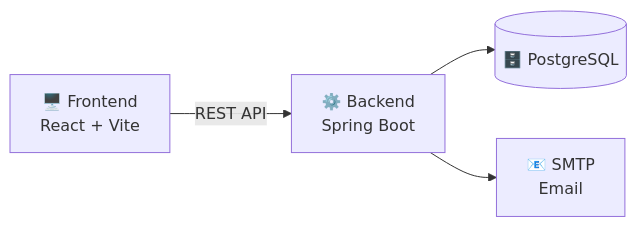
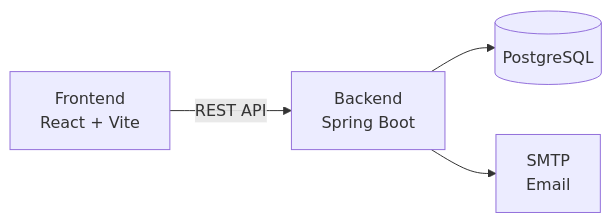
One commit to arthurcbretas/Sistema_de_Moeda_Estudantil changed the first of 2 diagrams in README.md. Above: the diagram before and after it, drawn with Mermaid. The commit also changed other lines of this file and 1 other file, not shown here.

````diff
--- a/README.md
+++ b/README.md
@@ -127,6 +127,6 @@
 ```mermaid
 graph LR
-    FE["🖥️ Frontend<br/>React + Vite"] -->|REST API| BE["⚙️ Backend<br/>Spring Boot"]
-    BE --> DB[("🗄️ PostgreSQL")]
-    BE --> SMTP["📧 SMTP<br/>Email"]
+    FE["Frontend<br/>React + Vite"] -->|REST API| BE["Backend<br/>Spring Boot"]
+    BE --> DB[("PostgreSQL")]
+    BE --> SMTP["SMTP<br/>Email"]
 ```
````
